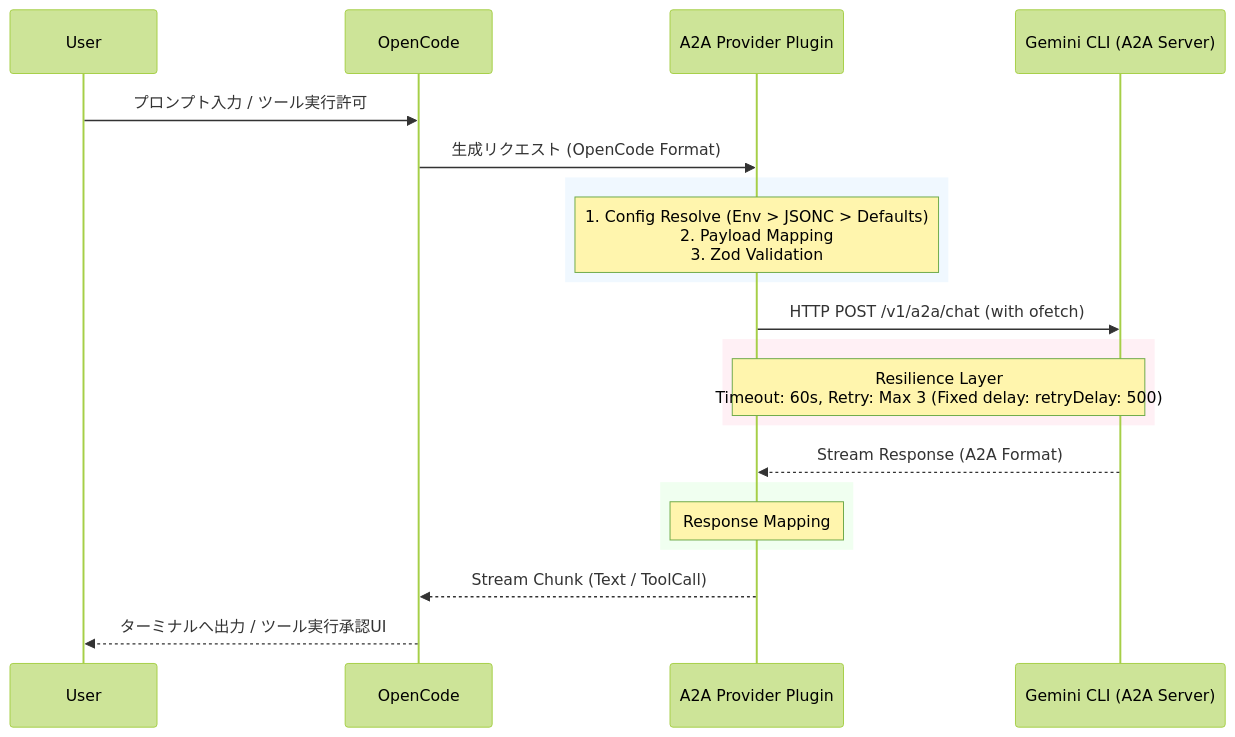
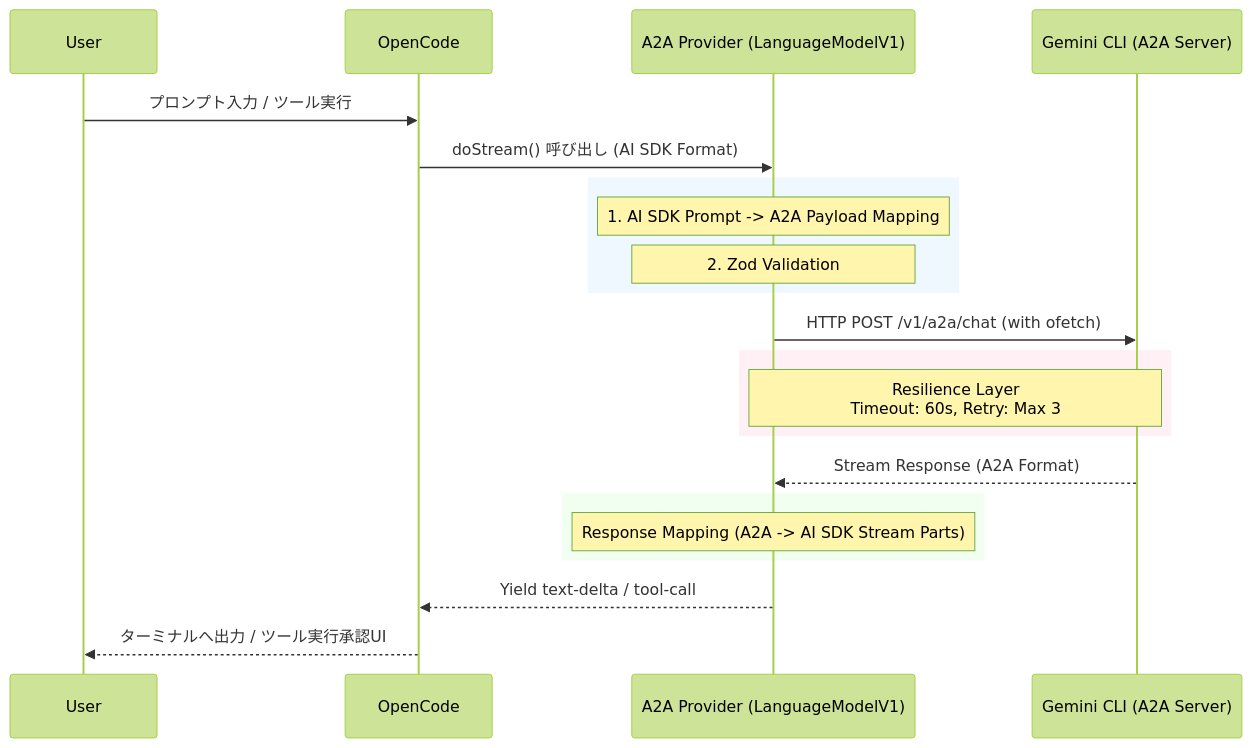
One commit to yohi/opencode-geminicli-a2a changed the diagram in SPEC.md. Above: the diagram before and after it, drawn with Mermaid (forest theme). The commit also changed other lines of this file, not shown here.

````diff
--- a/SPEC.md
+++ b/SPEC.md
@@ -45,29 +48,30 @@
 ```mermaid
-sequenceDiagram  
-    participant User  
-    participant OpenCode  
-    participant Plugin as A2A Provider Plugin  
+sequenceDiagram
+    participant User
+    participant OpenCode
+    participant Plugin as A2A Provider (LanguageModelV1)
     participant GeminiCLI as Gemini CLI (A2A Server)
 
-    User->>OpenCode: プロンプト入力 / ツール実行許可  
-    OpenCode->>Plugin: 生成リクエスト (OpenCode Format)  
-      
-    rect rgb(240, 248, 255)  
-        Note over Plugin: 1. Config Resolve (Env > JSONC > Defaults)<br/>2. Payload Mapping<br/>3. Zod Validation  
-    end  
-      
-    Plugin->>GeminiCLI: HTTP POST /v1/a2a/chat (with ofetch)  
-      
-    rect rgb(255, 240, 245)  
-        Note over Plugin, GeminiCLI: Resilience Layer<br/>Timeout: 60s, Retry: Max 3 (Fixed delay: retryDelay: 500)  
-    end  
-      
-    GeminiCLI-->>Plugin: Stream Response (A2A Format)  
-      
-    rect rgb(240, 255, 240)  
-        Note over Plugin: Response Mapping  
-    end  
-      
-    Plugin-->>OpenCode: Stream Chunk (Text / ToolCall)  
+    User->>OpenCode: プロンプト入力 / ツール実行
+    OpenCode->>Plugin: doStream() 呼び出し (AI SDK Format)
+    
+    rect rgb(240, 248, 255)
+        Note over Plugin: 1. AI SDK Prompt -> A2A Payload Mapping
+        Note over Plugin: 2. Zod Validation
+    end
+    
+    Plugin->>GeminiCLI: HTTP POST /v1/a2a/chat (with ofetch)
+    
+    rect rgb(255, 240, 245)
+        Note over Plugin, GeminiCLI: Resilience Layer<br/>Timeout: 60s, Retry: Max 3
+    end
+    
+    GeminiCLI-->>Plugin: Stream Response (A2A Format)
+    
+    rect rgb(240, 255, 240)
+        Note over Plugin: Response Mapping (A2A -> AI SDK Stream Parts)
+    end
+    
+    Plugin-->>OpenCode: Yield text-delta / tool-call
     OpenCode-->>User: ターミナルへ出力 / ツール実行承認UI
 ```
````
